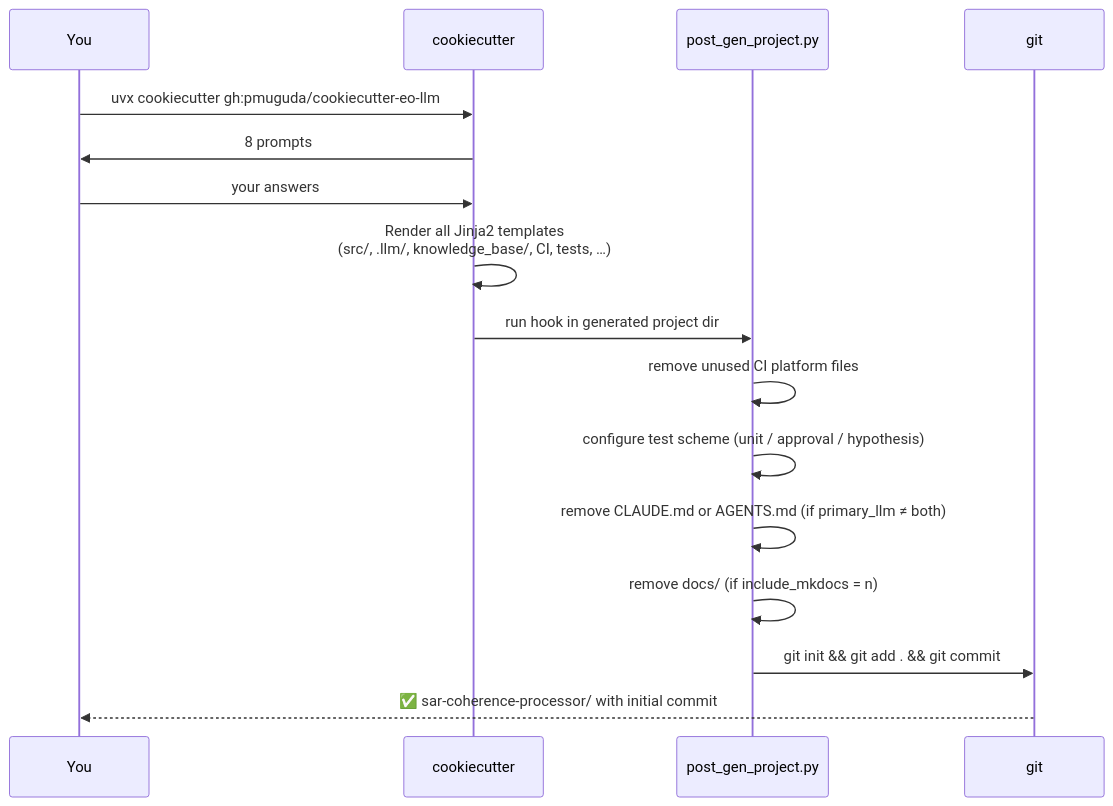
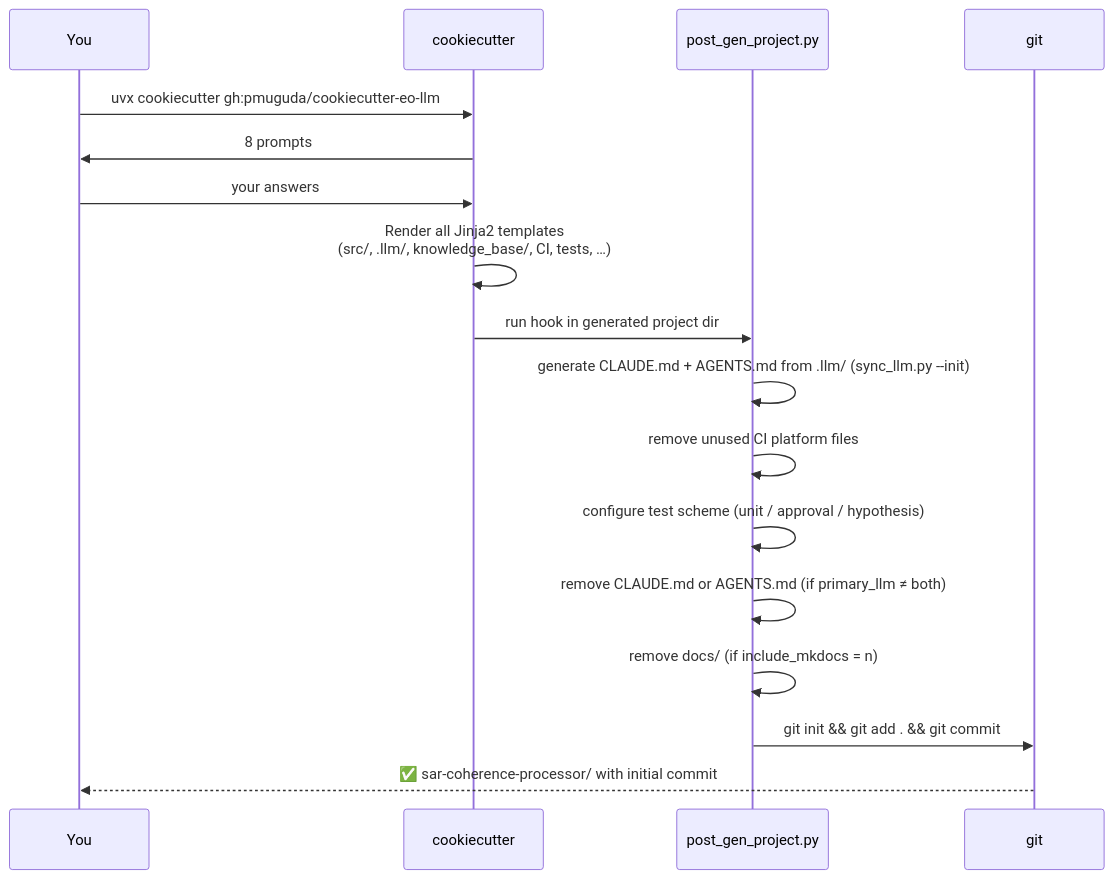
One commit to pmuguda/cookiecutter-eo-llm changed the diagram in docs/quickstart.md. Above: the diagram before and after it, drawn with Mermaid. The commit also changed 16 other files, not shown here.

````diff
--- a/docs/quickstart.md
+++ b/docs/quickstart.md
@@ -50,19 +50,20 @@
 ```mermaid
 sequenceDiagram
     participant U as You
     participant CC as cookiecutter
     participant H as post_gen_project.py
     participant G as git
 
     U->>CC: uvx cookiecutter gh:pmuguda/cookiecutter-eo-llm
     CC->>U: 8 prompts
     U->>CC: your answers
     CC->>CC: Render all Jinja2 templates<br/>(src/, .llm/, knowledge_base/, CI, tests, …)
     CC->>H: run hook in generated project dir
+    H->>H: generate CLAUDE.md + AGENTS.md from .llm/ (sync_llm.py --init)
     H->>H: remove unused CI platform files
     H->>H: configure test scheme (unit / approval / hypothesis)
     H->>H: remove CLAUDE.md or AGENTS.md (if primary_llm ≠ both)
     H->>H: remove docs/ (if include_mkdocs = n)
     H->>G: git init && git add . && git commit
     G-->>U: ✅ sar-coherence-processor/ with initial commit
 ```
````
